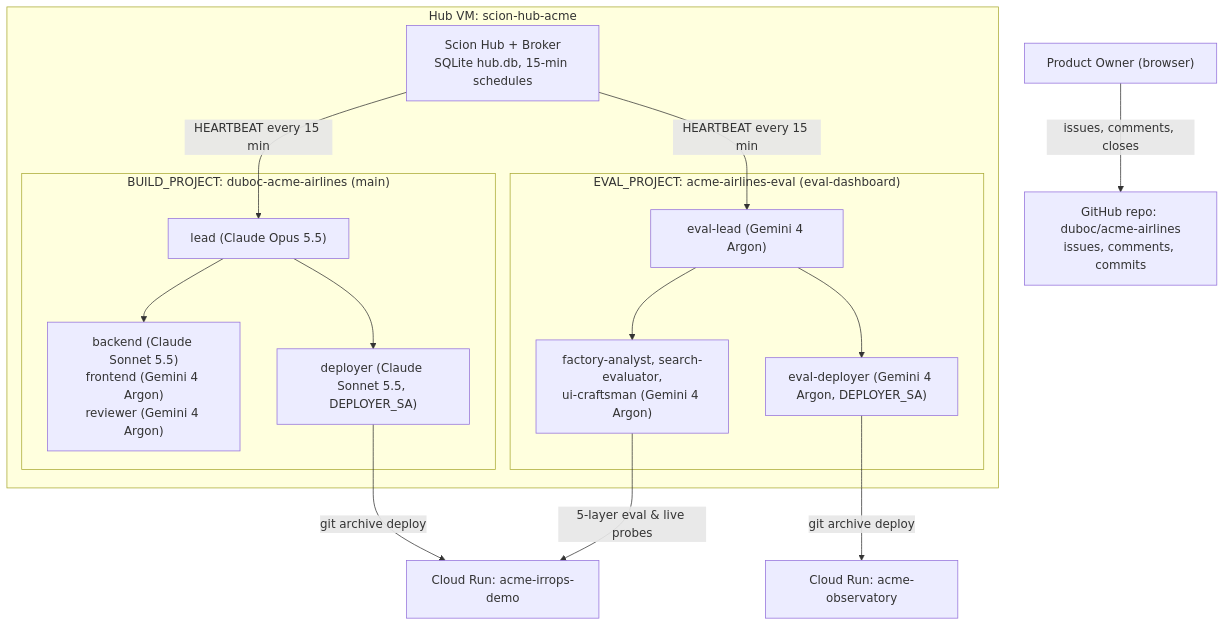
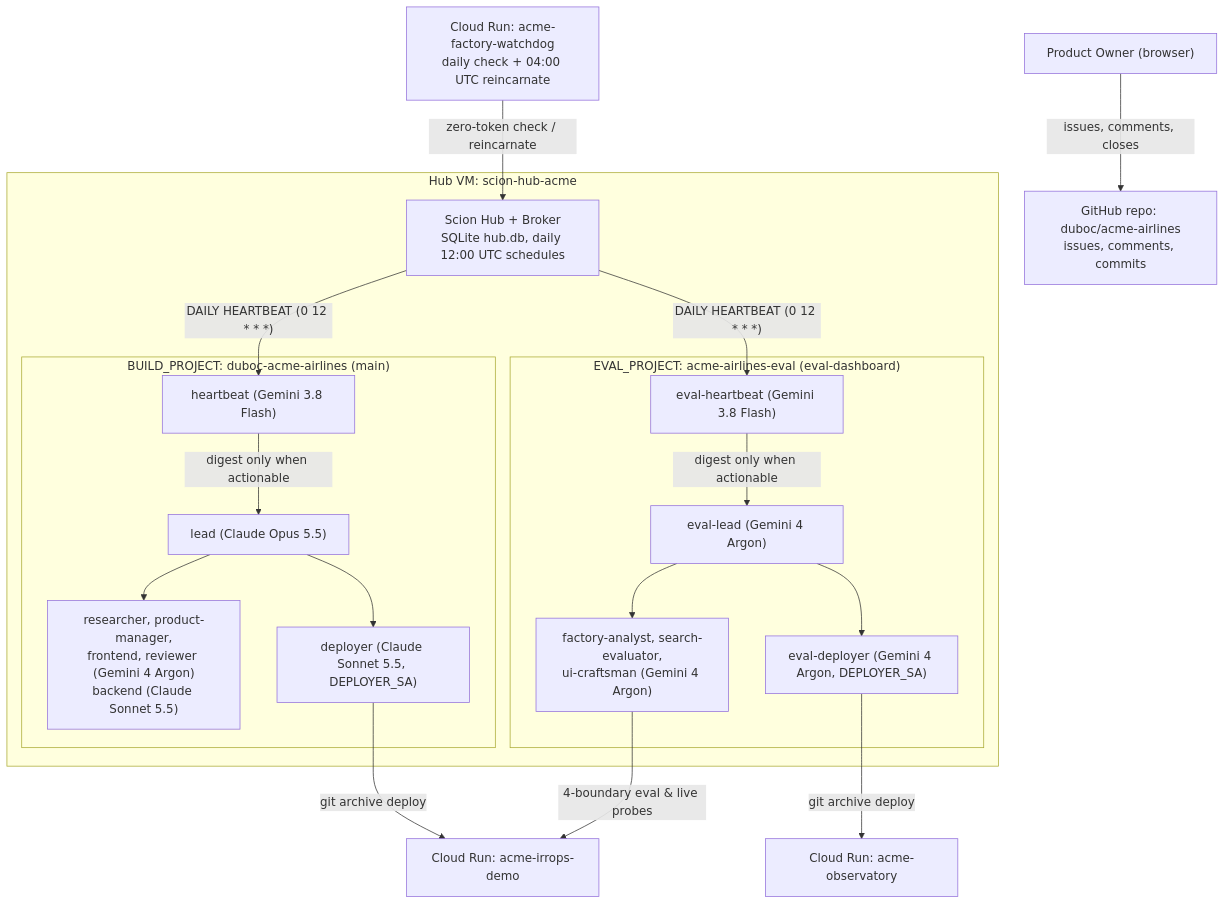
Before and after one commit to duboc/acme-airlines: the first of 2 diagrams in docs/scion/02-agents-and-heartbeat.md, drawn with Mermaid. The commit also changed other lines of this file and 23 other files, not shown here.

Commit message:
feat(scion): replace frequent lead heartbeats with once-per-day Gemini 3.8 heartbeat agent & <200k Claude context caps

````diff
--- a/docs/scion/02-agents-and-heartbeat.md
+++ b/docs/scion/02-agents-and-heartbeat.md
@@ -9,22 +9,25 @@
 ```mermaid
 flowchart TB
     PO["Product Owner (browser)"]
     GH["GitHub repo: duboc/acme-airlines<br/>issues, comments, commits"]
     subgraph VM["Hub VM: scion-hub-acme"]
-        HUB["Scion Hub + Broker<br/>SQLite hub.db, 15-min schedules"]
+        HUB["Scion Hub + Broker<br/>SQLite hub.db, daily 12:00 UTC schedules"]
         subgraph BUILD["BUILD_PROJECT: duboc-acme-airlines (main)"]
-            LEAD["lead (Claude Opus 5.5)"] --> WORKERS["backend (Claude Sonnet 5.5)<br/>frontend (Gemini 4 Argon)<br/>reviewer (Gemini 4 Argon)"]
+            HB["heartbeat (Gemini 3.8 Flash)"] -->|"digest only when actionable"| LEAD["lead (Claude Opus 5.5)"]
+            LEAD --> WORKERS["researcher, product-manager,<br/>frontend, reviewer (Gemini 4 Argon)<br/>backend (Claude Sonnet 5.5)"]
             LEAD --> DEP["deployer (Claude Sonnet 5.5, DEPLOYER_SA)"]
         end
         subgraph EVAL["EVAL_PROJECT: acme-airlines-eval (eval-dashboard)"]
-            ELEAD["eval-lead (Gemini 4 Argon)"] --> SPEC["factory-analyst, search-evaluator,<br/>ui-craftsman (Gemini 4 Argon)"]
+            EHB["eval-heartbeat (Gemini 3.8 Flash)"] -->|"digest only when actionable"| ELEAD["eval-lead (Gemini 4 Argon)"]
+            ELEAD --> SPEC["factory-analyst, search-evaluator,<br/>ui-craftsman (Gemini 4 Argon)"]
             ELEAD --> EDEP["eval-deployer (Gemini 4 Argon, DEPLOYER_SA)"]
         end
-        HUB -->|"HEARTBEAT every 15 min"| LEAD
-        HUB -->|"HEARTBEAT every 15 min"| ELEAD
+        HUB -->|"DAILY HEARTBEAT (0 12 * * *)"| HB
+        HUB -->|"DAILY HEARTBEAT (0 12 * * *)"| EHB
     end
+    WD["Cloud Run: acme-factory-watchdog<br/>daily check + 04:00 UTC reincarnate"] -->|"zero-token check / reincarnate"| HUB
     PO -->|"issues, comments, closes"| GH
     DEP -->|"git archive deploy"| DEMO["Cloud Run: acme-irrops-demo"]
     EDEP -->|"git archive deploy"| OBS["Cloud Run: acme-observatory"]
-    SPEC -->|"5-layer eval & live probes"| DEMO
+    SPEC -->|"4-boundary eval & live probes"| DEMO
 ```
````
